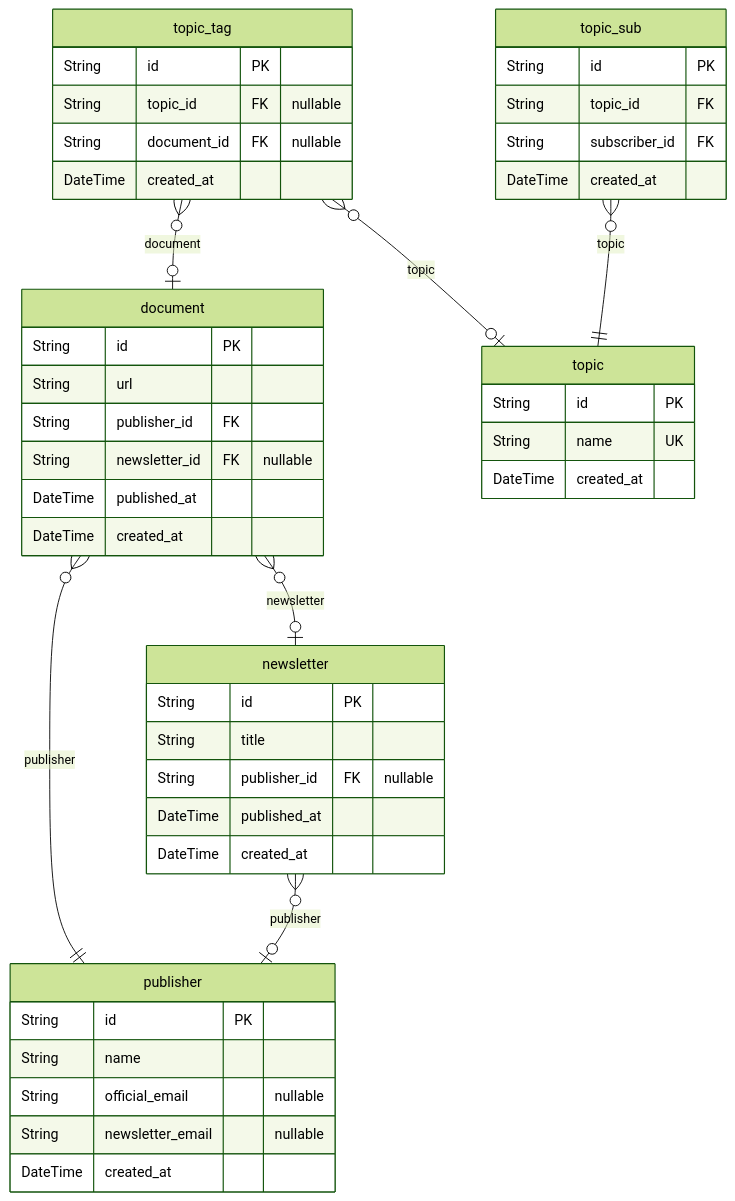
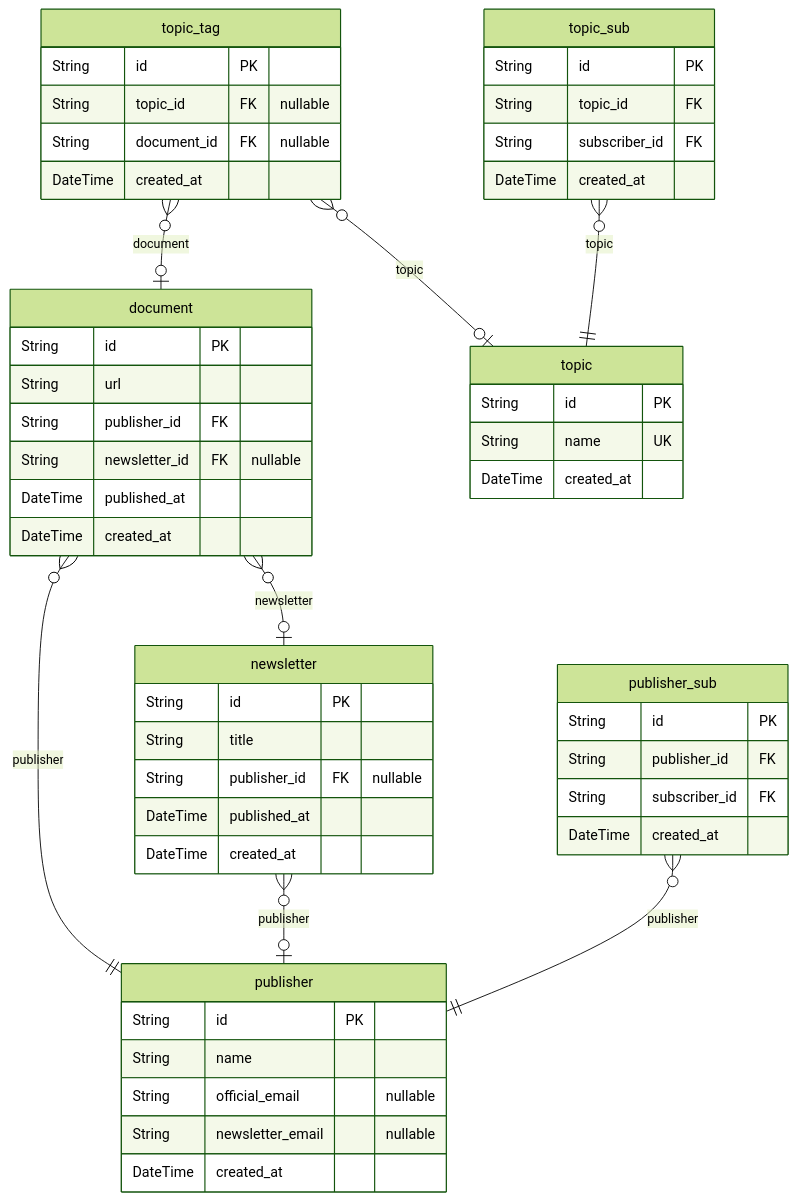
Before and after one commit to Mailly-Project/Mailly-BE: the second of 2 diagrams in docs/ERD.md, drawn with Mermaid (forest theme). The commit also changed other lines of this file and 2 other files, not shown here.

Commit message:
feat: publisher_sub entity

````diff
--- a/docs/ERD.md
+++ b/docs/ERD.md
@@ -178,48 +178,55 @@
 ```mermaid
 erDiagram
 "document" {
   String id PK
   String url
   String publisher_id FK
   String newsletter_id FK "nullable"
   DateTime published_at
   DateTime created_at
 }
 "publisher" {
   String id PK
   String name
   String official_email "nullable"
   String newsletter_email "nullable"
   DateTime created_at
 }
 "newsletter" {
   String id PK
   String title
   String publisher_id FK "nullable"
   DateTime published_at
   DateTime created_at
 }
 "topic" {
   String id PK
   String name UK
   DateTime created_at
 }
 "topic_tag" {
   String id PK
   String topic_id FK "nullable"
   String document_id FK "nullable"
   DateTime created_at
 }
 "topic_sub" {
   String id PK
   String topic_id FK
   String subscriber_id FK
   DateTime created_at
 }
+"publisher_sub" {
+  String id PK
+  String publisher_id FK
+  String subscriber_id FK
+  DateTime created_at
+}
 "document" }o--|| "publisher" : publisher
 "document" }o--o| "newsletter" : newsletter
 "newsletter" }o--o| "publisher" : publisher
 "topic_tag" }o--o| "topic" : topic
 "topic_tag" }o--o| "document" : document
 "topic_sub" }o--|| "topic" : topic
+"publisher_sub" }o--|| "publisher" : publisher
 ```
````
